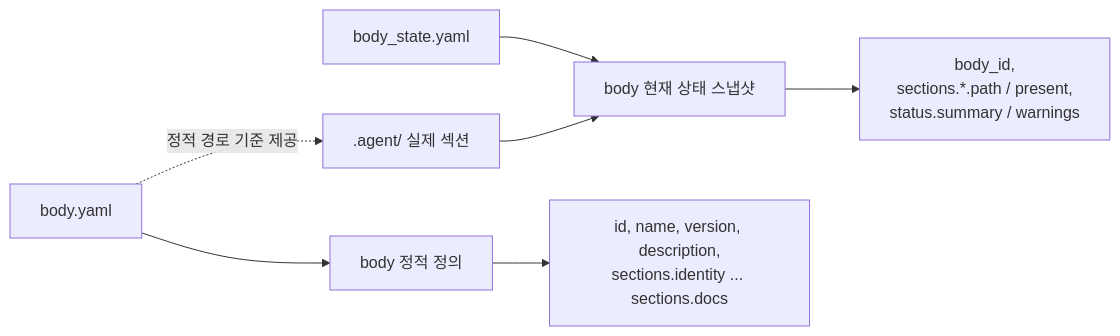
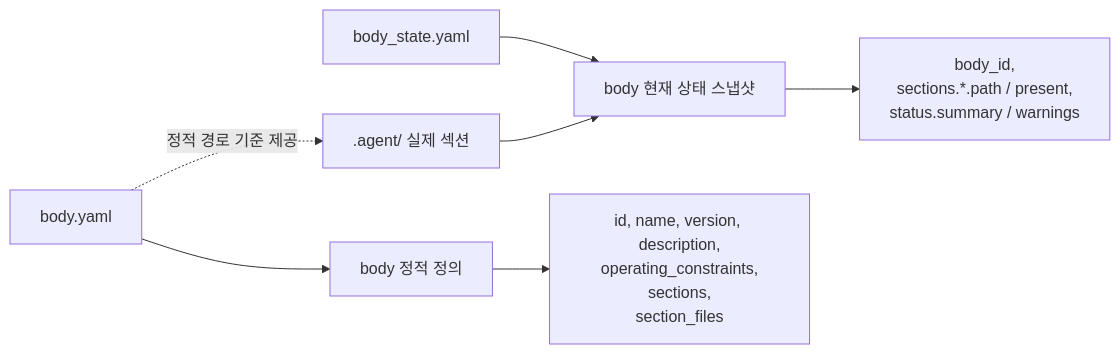
The diagram in .agent/docs/architecture/BODY_METADATA_CONTRACT.md (SungYongMOON/soulforge), drawn with Mermaid before and after one commit. The commit also changed other lines of this file and 43 other files, not shown here.

````diff
--- a/.agent/docs/architecture/BODY_METADATA_CONTRACT.md
+++ b/.agent/docs/architecture/BODY_METADATA_CONTRACT.md
@@ -28,9 +28,9 @@
 ```mermaid
 flowchart LR
   BY["body.yaml"] --> BD["body 정적 정의"]
   BS["body_state.yaml"] --> ST["body 현재 상태 스냅샷"]
   AD[".agent/ 실제 섹션"] --> ST
-  BD --> BF["id, name, version, description,<br/>sections.identity ... sections.docs"]
+  BD --> BF["id, name, version, description,<br/>operating_constraints,<br/>sections,<br/>section_files"]
   ST --> SF["body_id,<br/>sections.*.path / present,<br/>status.summary / warnings"]
   BY -. "정적 경로 기준 제공" .-> AD
 ```
````
